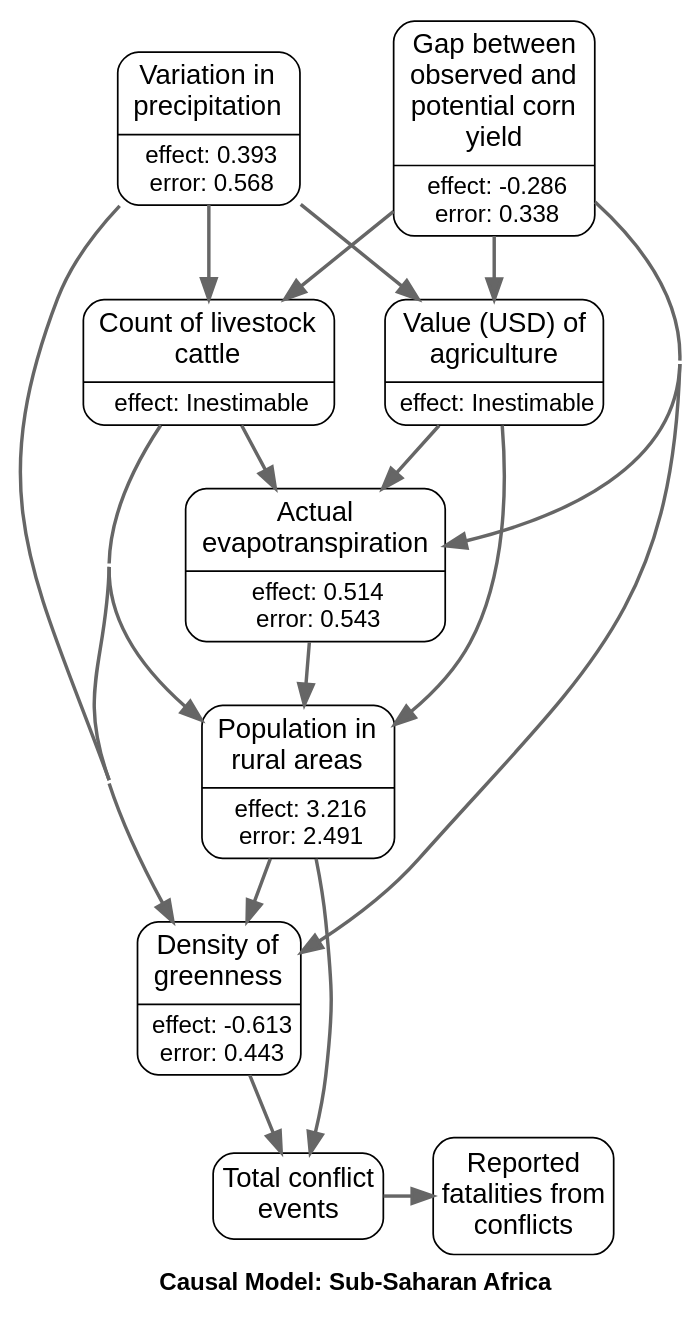
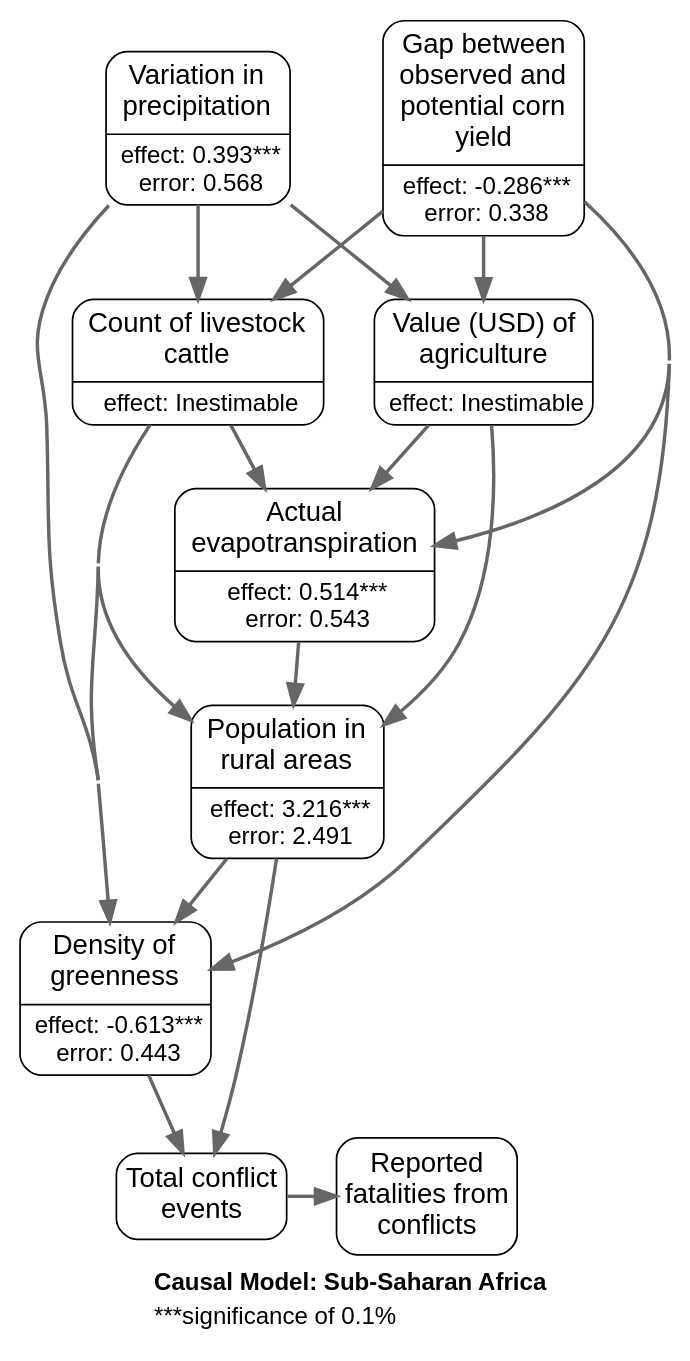
The diagram in app/javascript/images/regions/causal_graphs/sub-saharan_africa.gv (wri/wri-wpsi), drawn with Graphviz before and after one commit. The commit also changed 2 other files, not shown here.

Commit message:
add signf to sub-saharan africa

```diff
--- a/app/javascript/images/regions/causal_graphs/sub-saharan_africa.gv
+++ b/app/javascript/images/regions/causal_graphs/sub-saharan_africa.gv
@@ -1,74 +1,74 @@
 # generated file for region: sub-saharan_africa by CausalModelRegionGenerator
 strict digraph causalModel {
 fontname="Helvetica, Arial, sans-serif";
-label=<<TABLE BORDER="0" CELLBORDER="0" CELLSPACING="0"><TR><TD></TD></TR><TR><TD ALIGN="LEFT"><B>Causal Model: Sub-Saharan Africa</B></TD></TR></TABLE>>;
+label=<<TABLE BORDER="0" CELLBORDER="0" CELLSPACING="0"><TR><TD></TD></TR><TR><TD ALIGN="LEFT"><B>Causal Model: Sub-Saharan Africa</B></TD></TR><TR><TD ALIGN="LEFT">***significance of 0.1%</TD></TR></TABLE>>;
 labelloc = b;
 nodesep = 0.4;
 concentrate = true;
 node[shape = Mrecord, fontname = "Helvetica, Arial, sans-serif", margin = "0.10,0.06", penwidth = 1.0];
 edge[arrowsize = 1.2 penwidth = 2 color="#666666"];
 
 # nodes
 et_actl_m_MAX_m [label = <{<table align="center" border="0" cellspacing="1" cellpadding="1">
 <tr><td><font point-size="16">Actual<br/>evapotranspiration<br/></font></td></tr>
 </table>
-|<table border="0" cellspacing="1" cellpadding="0.5"><tr><td><font point-size="14">effect: 0.514</font></td></tr>
+|<table border="0" cellspacing="1" cellpadding="0.5"><tr><td><font point-size="14">effect: 0.514***</font></td></tr>
 <tr><td><font point-size="14">error: 0.543</font></td></tr></table>}>, class = rankB];
 cattle_number_s [label = <{<table align="center" border="0" cellspacing="1" cellpadding="1">
 <tr><td><font point-size="16">Count of livestock<br/>cattle<br/></font></td></tr>
 </table>
 |<table border="0" cellspacing="1" cellpadding="0.5"><tr><td><font point-size="14">effect: Inestimable</font></td></tr></table>}>, class = rankB];
 spi_3_m [label = <{<table align="center" border="0" cellspacing="1" cellpadding="1">
 <tr><td><font point-size="16">Variation in<br/>precipitation<br/></font></td></tr>
 </table>
-|<table border="0" cellspacing="1" cellpadding="0.5"><tr><td><font point-size="14">effect: 0.393</font></td></tr>
+|<table border="0" cellspacing="1" cellpadding="0.5"><tr><td><font point-size="14">effect: 0.393***</font></td></tr>
 <tr><td><font point-size="14">error: 0.568</font></td></tr></table>}>, class = rankA];
 spam_V_agg_t_sum_s [label = <{<table align="center" border="0" cellspacing="1" cellpadding="1">
 <tr><td><font point-size="16">Value (USD) of<br/>agriculture<br/></font></td></tr>
 </table>
 |<table border="0" cellspacing="1" cellpadding="0.5"><tr><td><font point-size="14">effect: Inestimable</font></td></tr></table>}>, class = rankB];
 yield_gap_maize_s [label = <{<table align="center" border="0" cellspacing="1" cellpadding="1">
 <tr><td><font point-size="16">Gap between<br/>observed and<br/>potential corn<br/>yield<br/></font></td></tr>
 </table>
-|<table border="0" cellspacing="1" cellpadding="0.5"><tr><td><font point-size="14">effect: -0.286</font></td></tr>
+|<table border="0" cellspacing="1" cellpadding="0.5"><tr><td><font point-size="14">effect: -0.286***</font></td></tr>
 <tr><td><font point-size="14">error: 0.338</font></td></tr></table>}>, class = rankA];
 rurpop_s [label = <{<table align="center" border="0" cellspacing="1" cellpadding="1">
 <tr><td><font point-size="16">Population in<br/>rural areas<br/></font></td></tr>
 </table>
-|<table border="0" cellspacing="1" cellpadding="0.5"><tr><td><font point-size="14">effect: 3.216</font></td></tr>
+|<table border="0" cellspacing="1" cellpadding="0.5"><tr><td><font point-size="14">effect: 3.216***</font></td></tr>
 <tr><td><font point-size="14">error: 2.491</font></td></tr></table>}>, class = rankB];
 ndvi_act_min_m [label = <{<table align="center" border="0" cellspacing="1" cellpadding="1">
 <tr><td><font point-size="16">Density of<br/>greenness<br/></font></td></tr>
 </table>
-|<table border="0" cellspacing="1" cellpadding="0.5"><tr><td><font point-size="14">effect: -0.613</font></td></tr>
+|<table border="0" cellspacing="1" cellpadding="0.5"><tr><td><font point-size="14">effect: -0.613***</font></td></tr>
 <tr><td><font point-size="14">error: 0.443</font></td></tr></table>}>, class = rankB];
 acl_sum_evnt_m [label = "Total conflict
 events" class = rankC shape=box style=rounded fontsize="16pt" margin = "0.05,0.10"];
 acl_sum_fatl_m [label = "Reported
 fatalities from
 conflicts" class = rankC shape=box style=rounded fontsize="16pt" margin = "0.05,0.10"];
 
 #ranks
 {rank=same; spi_3_m yield_gap_maize_s; }
 {rank=same; acl_sum_evnt_m acl_sum_fatl_m; }
 
 # links
 et_actl_m_MAX_m -> rurpop_s;
 cattle_number_s -> et_actl_m_MAX_m;
 cattle_number_s -> rurpop_s;
 cattle_number_s -> ndvi_act_min_m;
 spi_3_m -> cattle_number_s;
 spi_3_m -> spam_V_agg_t_sum_s;
 spi_3_m -> ndvi_act_min_m;
 spam_V_agg_t_sum_s -> et_actl_m_MAX_m;
 spam_V_agg_t_sum_s -> rurpop_s;
 yield_gap_maize_s -> et_actl_m_MAX_m;
 yield_gap_maize_s -> cattle_number_s;
 yield_gap_maize_s -> spam_V_agg_t_sum_s;
 yield_gap_maize_s -> ndvi_act_min_m;
 rurpop_s -> ndvi_act_min_m;
 rurpop_s -> acl_sum_evnt_m;
 ndvi_act_min_m -> acl_sum_evnt_m;
 acl_sum_evnt_m -> acl_sum_fatl_m;
 
 }
```
